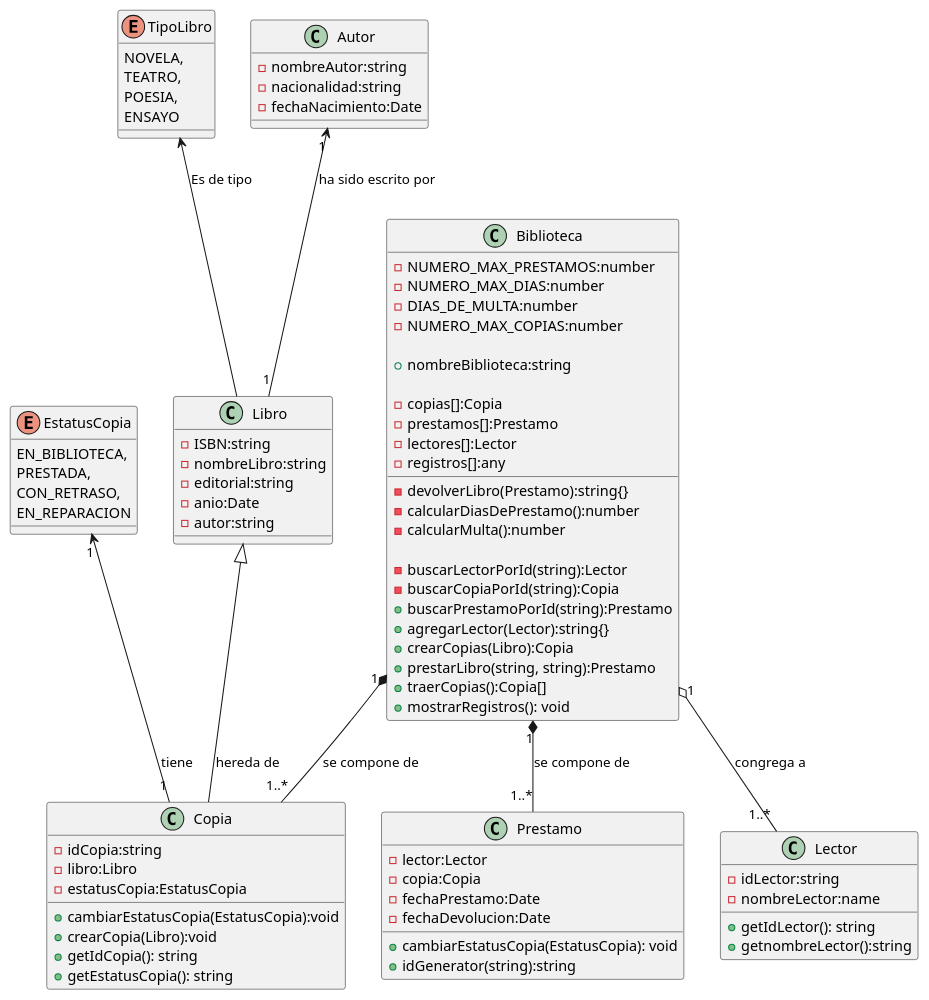
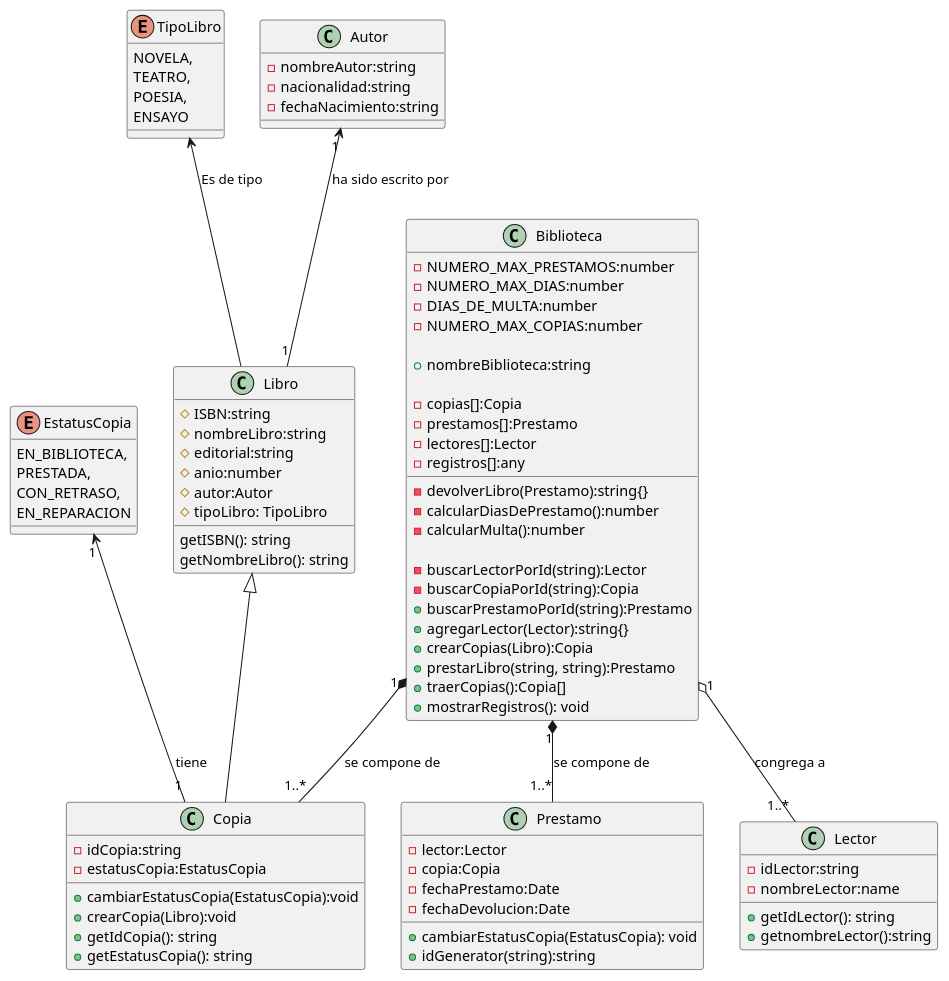
The diagram in Biblioteca/laBiblioteca.puml (wilmansirit/UMLs), drawn with PlantUML before and after one commit. The commit also changed 4 other files, not shown here.

Commit message:
Refactorizacion las clases Autor, Libro y borrando el tipo libreria

```diff
--- a/Biblioteca/laBiblioteca.puml
+++ b/Biblioteca/laBiblioteca.puml
@@ -1,95 +1,98 @@
 @startuml "La biblioteca"
 
 class Libro {
-    - ISBN:string
-    - nombreLibro:string
-    - editorial:string
-    - anio:Date
-    - autor:string
+    # ISBN:string
+    # nombreLibro:string
+    # editorial:string
+    # anio:number
+    # autor:Autor
+    # tipoLibro: TipoLibro
+
+    getISBN(): string
+    getNombreLibro(): string
+
 }
 
 enum TipoLibro {
     NOVELA,
     TEATRO,
     POESIA,
     ENSAYO
 }
 
 class Autor {
     - nombreAutor:string
     - nacionalidad:string
-    - fechaNacimiento:Date
+    - fechaNacimiento:string
 }
 
-class Copia {
+class Copia extends Libro {
     - idCopia:string
-    - libro:Libro
     - estatusCopia:EstatusCopia
     + cambiarEstatusCopia(EstatusCopia):void
     + crearCopia(Libro):void
     + getIdCopia(): string
     + getEstatusCopia(): string 
 }
 
 enum EstatusCopia {
     EN_BIBLIOTECA,
     PRESTADA,
     CON_RETRASO,
     EN_REPARACION
 }
 
 class Biblioteca {
 
     - NUMERO_MAX_PRESTAMOS:number
     - NUMERO_MAX_DIAS:number
     - DIAS_DE_MULTA:number
     - NUMERO_MAX_COPIAS:number
 
     + nombreBiblioteca:string
 
     - copias[]:Copia
     - prestamos[]:Prestamo
     - lectores[]:Lector
     - registros[]:any
 
     - devolverLibro(Prestamo):string{}
     - calcularDiasDePrestamo():number
     - calcularMulta():number
 
     - buscarLectorPorId(string):Lector
     - buscarCopiaPorId(string):Copia
     + buscarPrestamoPorId(string):Prestamo
     + agregarLector(Lector):string{}
     + crearCopias(Libro):Copia
     + prestarLibro(string, string):Prestamo
     + traerCopias():Copia[]
     + mostrarRegistros(): void
 }
 
 class Lector {
     - idLector:string
     - nombreLector:name
 
     + getIdLector(): string
     + getnombreLector():string
 }
 
 class Prestamo {
     - lector:Lector
     - copia:Copia
     - fechaPrestamo:Date
     - fechaDevolucion:Date
 
     + cambiarEstatusCopia(EstatusCopia): void
     + idGenerator(string):string
 }
 
 TipoLibro <-- Libro: "Es de tipo"
 Autor "1" <-- "1" Libro: "ha sido escrito por"
-Libro <|-- Copia: "hereda de" 
 EstatusCopia "1" <-- "1" Copia: "tiene"
 Biblioteca "1" o-- "1..*" Lector: "congrega a"
 Biblioteca "1" *-- "1..*" Copia: "se compone de"
 Biblioteca "1" *-- "1..*" Prestamo: "se compone de"
 
 @enduml
```
